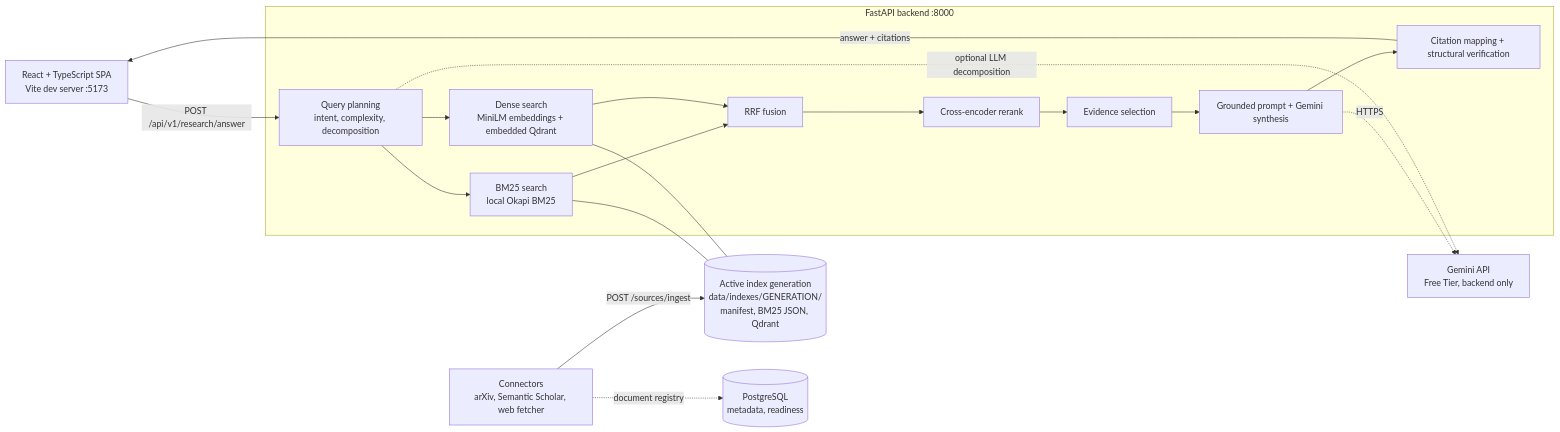
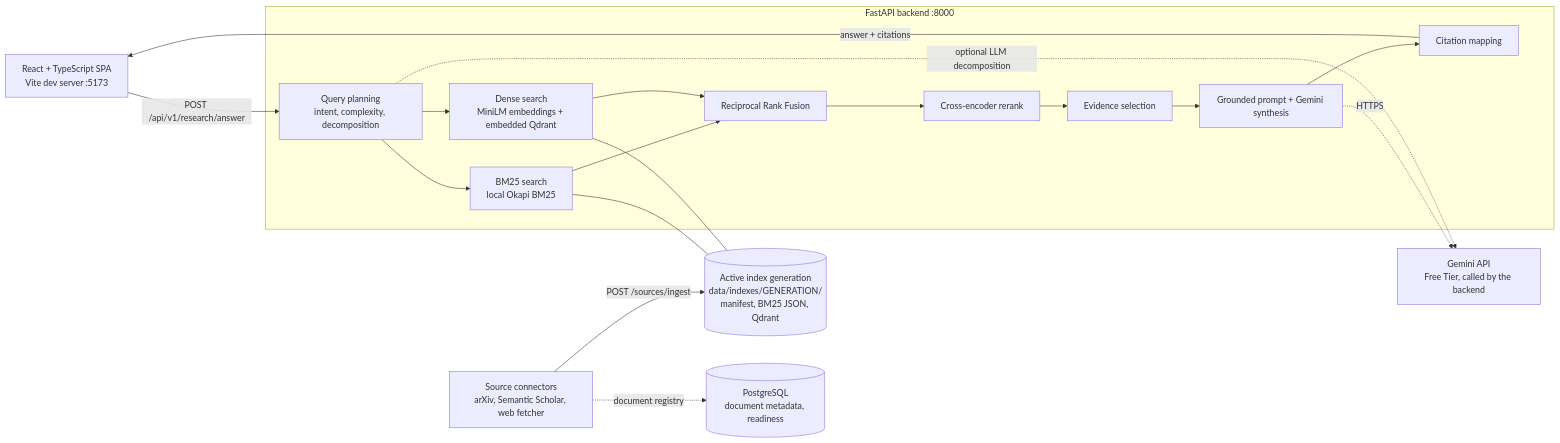
The diagram in README.md (RaafidAfraazG/AI-Research-Copilot), drawn with Mermaid before and after one commit. The commit also changed other lines of this file, not shown here.

````diff
--- a/README.md
+++ b/README.md
@@ -22,33 +44,33 @@
 ```mermaid
 flowchart LR
   UI["React + TypeScript SPA<br/>Vite dev server :5173"]
 
   subgraph API["FastAPI backend :8000"]
     PLAN["Query planning<br/>intent, complexity, decomposition"]
     BM25["BM25 search<br/>local Okapi BM25"]
     DENSE["Dense search<br/>MiniLM embeddings + embedded Qdrant"]
-    FUSE["RRF fusion"]
+    FUSE["Reciprocal Rank Fusion"]
     RR["Cross-encoder rerank"]
     EV["Evidence selection"]
     SYN["Grounded prompt + Gemini synthesis"]
-    CIT["Citation mapping + structural verification"]
+    CIT["Citation mapping"]
   end
 
   IDX[("Active index generation<br/>data/indexes/GENERATION/<br/>manifest, BM25 JSON, Qdrant")]
-  PG[("PostgreSQL<br/>metadata, readiness")]
-  GEM["Gemini API<br/>Free Tier, backend only"]
-  CON["Connectors<br/>arXiv, Semantic Scholar, web fetcher"]
+  PG[("PostgreSQL<br/>document metadata, readiness")]
+  GEM["Gemini API<br/>Free Tier, called by the backend"]
+  CON["Source connectors<br/>arXiv, Semantic Scholar, web fetcher"]
 
   UI -->|"POST /api/v1/research/answer"| PLAN
   PLAN --> BM25
   PLAN --> DENSE
   BM25 --> FUSE
   DENSE --> FUSE
   FUSE --> RR --> EV --> SYN --> CIT -->|"answer + citations"| UI
   BM25 --- IDX
   DENSE --- IDX
   SYN -.->|HTTPS| GEM
   PLAN -.->|"optional LLM decomposition"| GEM
   CON -->|"POST /sources/ingest"| IDX
   CON -.->|"document registry"| PG
 ```
````
